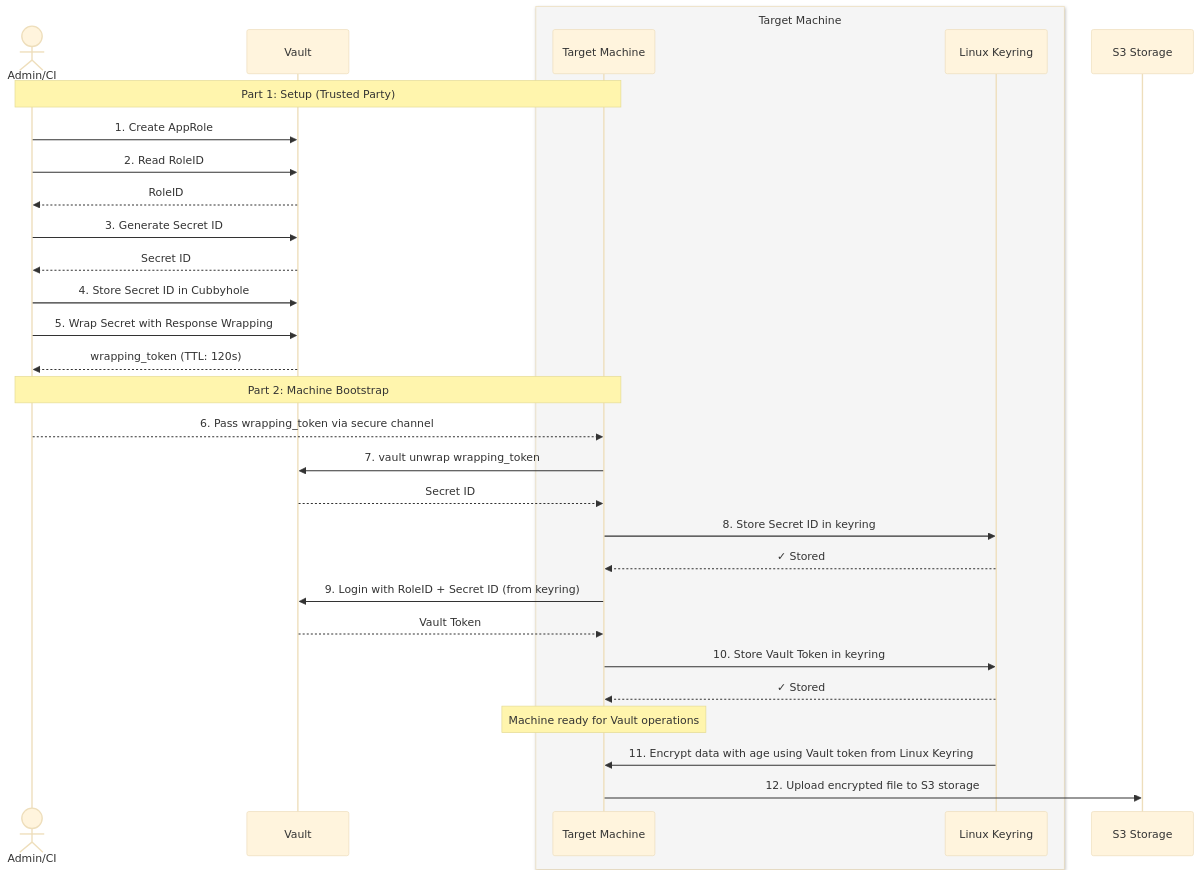
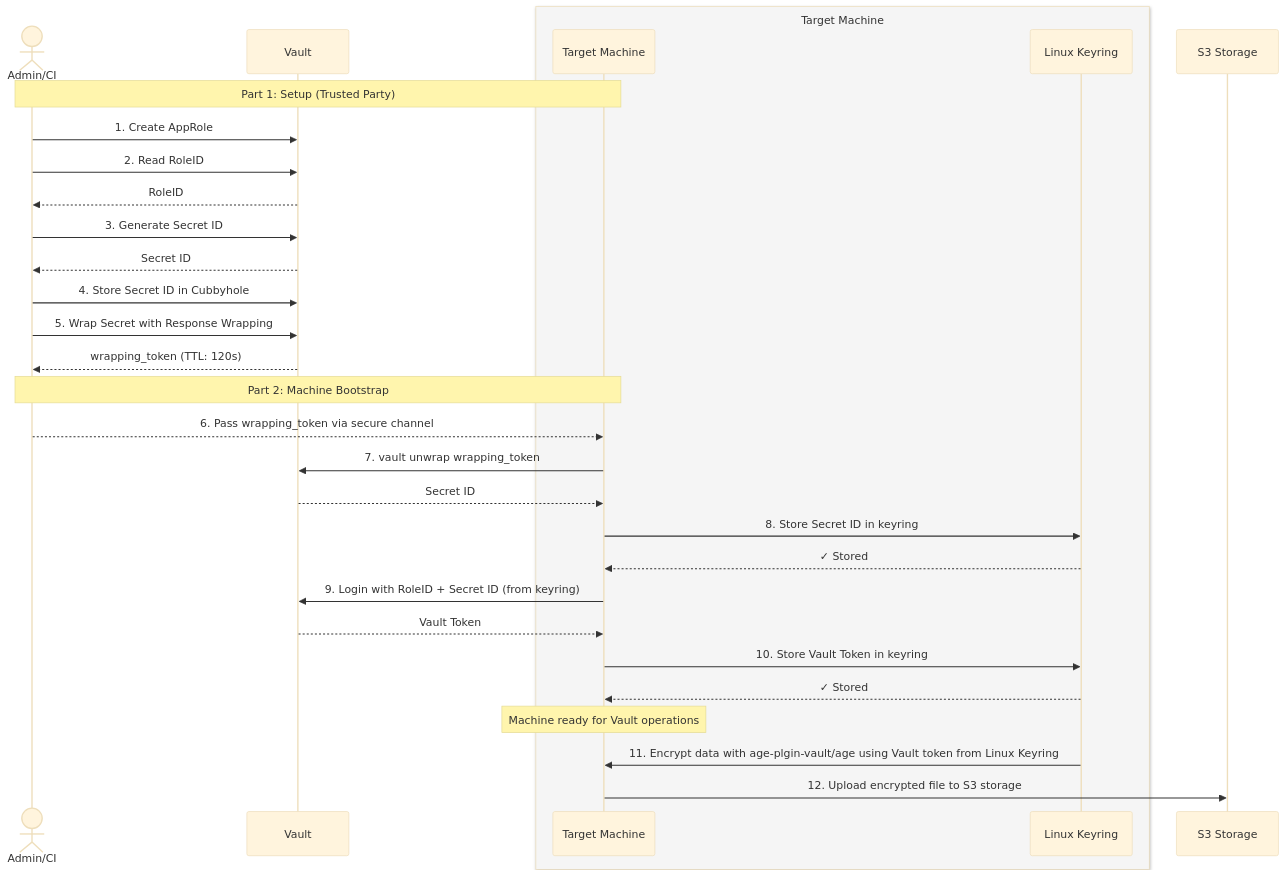
One commit to stsch9/age-plugin-vault changed the diagram in docs/machine_encryption.md. Above: the diagram before and after it, drawn with Mermaid (base theme).

Commit message:
small fix

````diff
--- a/docs/machine_encryption.md
+++ b/docs/machine_encryption.md
@@ -15,47 +15,47 @@
 ```mermaid
 sequenceDiagram
     actor Admin as Admin/CI
     participant Vault
     box rgb(245, 245, 245) Target Machine
         participant Machine as Target Machine
         participant Keyring as Linux Keyring
     end
 
     participant Storage as S3 Storage
 
     Note over Admin,Machine: Part 1: Setup (Trusted Party)
     
     Admin->>Vault: 1. Create AppRole
     Admin->>Vault: 2. Read RoleID
     Vault-->>Admin: RoleID
     
     Admin->>Vault: 3. Generate Secret ID
     Vault-->>Admin: Secret ID
     
     Admin->>Vault: 4. Store Secret ID in Cubbyhole
     
     Admin->>Vault: 5. Wrap Secret with Response Wrapping
     Vault-->>Admin: wrapping_token (TTL: 120s)
     
     Note over Admin,Machine: Part 2: Machine Bootstrap
     
     Admin-->>Machine: 6. Pass wrapping_token via secure channel
     
     Machine->>Vault: 7. vault unwrap wrapping_token
     Vault-->>Machine: Secret ID
     
     Machine->>Keyring: 8. Store Secret ID in keyring
     Keyring-->>Machine: ✓ Stored
     
     Machine->>Vault: 9. Login with RoleID + Secret ID (from keyring)
     Vault-->>Machine: Vault Token
     
     Machine->>Keyring: 10. Store Vault Token in keyring
     Keyring-->>Machine: ✓ Stored
 
     Note over Machine: Machine ready for Vault operations
 
-    Keyring->>Machine: 11. Encrypt data with age using Vault token from Linux Keyring
+    Keyring->>Machine: 11. Encrypt data with age-plgin-vault/age using Vault token from Linux Keyring
     Machine->>Storage: 12. Upload encrypted file to S3 storage
 
 ```
````
